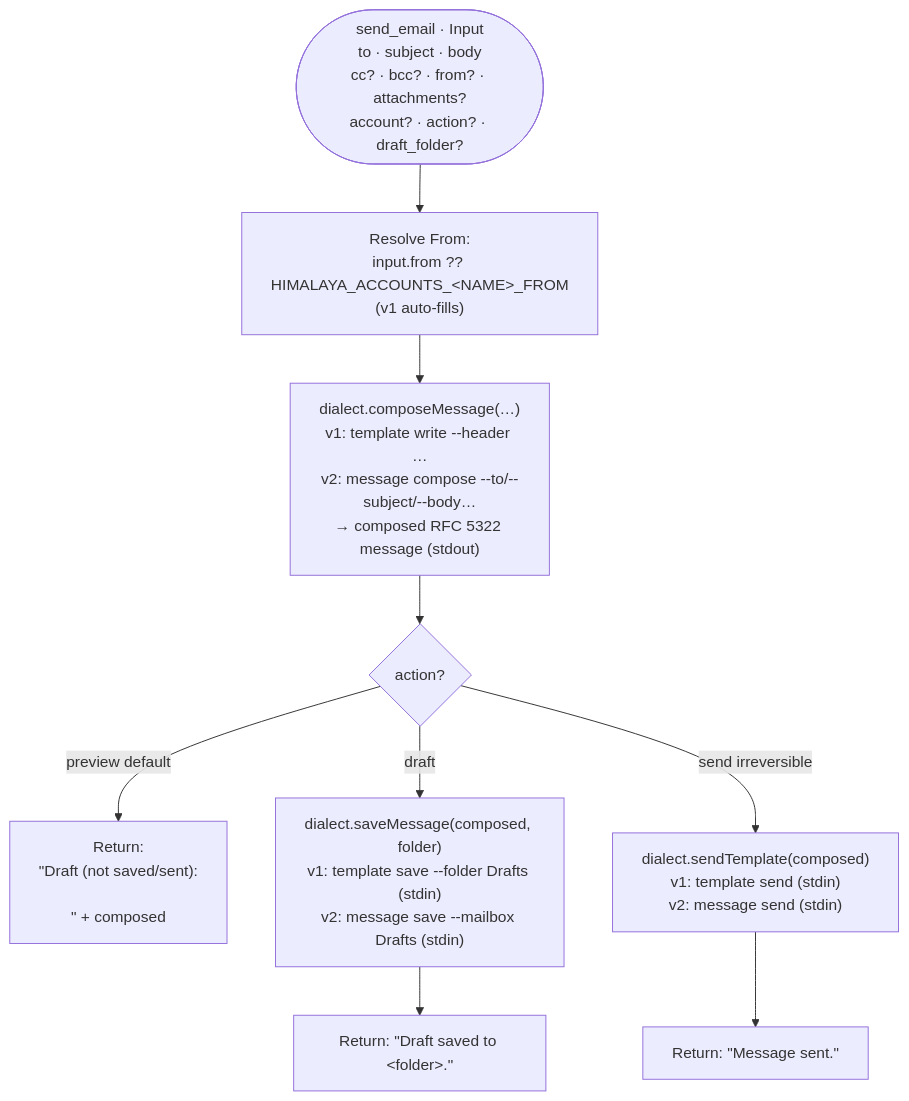
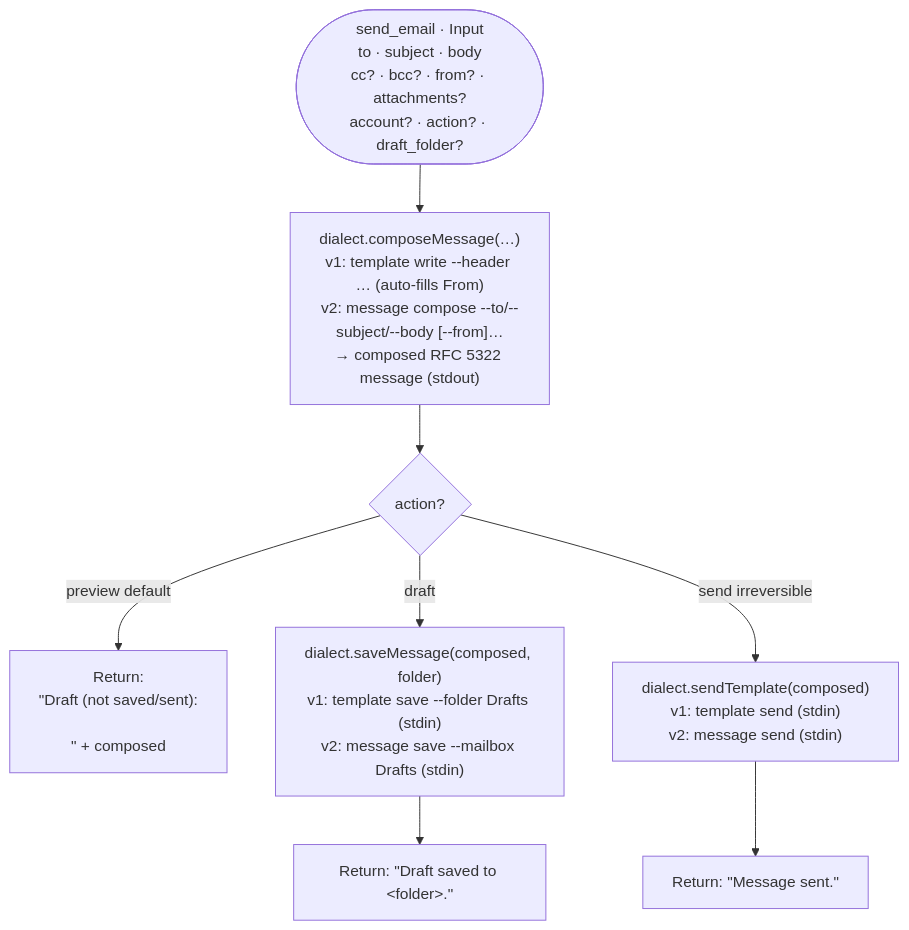
The first of 4 diagrams in README.md (amine2233/himalaya-mcp), drawn with Mermaid before and after one commit. The commit also changed other lines of this file and 9 other files, not shown here.

````diff
--- a/README.md
+++ b/README.md
@@ -108,19 +107,18 @@
 ```mermaid
 flowchart TD
     Start(["send_email · Input<br/>to · subject · body<br/>cc? · bcc? · from? · attachments?<br/>account? · action? · draft_folder?"])
-    Resolve["Resolve From:<br/>input.from ?? HIMALAYA_ACCOUNTS_&lt;NAME&gt;_FROM<br/>(v1 auto-fills)"]
-    Compose["dialect.composeMessage(…)<br/>v1: template write --header …<br/>v2: message compose --to/--subject/--body…<br/>→ composed RFC 5322 message (stdout)"]
+    Compose["dialect.composeMessage(…)<br/>v1: template write --header … (auto-fills From)<br/>v2: message compose --to/--subject/--body [--from]…<br/>→ composed RFC 5322 message (stdout)"]
     Branch{"action?"}
 
     Preview["Return:<br/>&quot;Draft (not saved/sent):\n\n&quot; + composed"]
     Draft["dialect.saveMessage(composed, folder)<br/>v1: template save --folder Drafts (stdin)<br/>v2: message save --mailbox Drafts (stdin)"]
     Send["dialect.sendTemplate(composed)<br/>v1: template send (stdin)<br/>v2: message send (stdin)"]
 
     DraftOut["Return: &quot;Draft saved to &lt;folder&gt;.&quot;"]
     SendOut["Return: &quot;Message sent.&quot;"]
 
-    Start --> Resolve --> Compose --> Branch
+    Start --> Compose --> Branch
     Branch -->|preview default| Preview
     Branch -->|draft| Draft --> DraftOut
     Branch -->|send irreversible| Send --> SendOut
 ```
````
